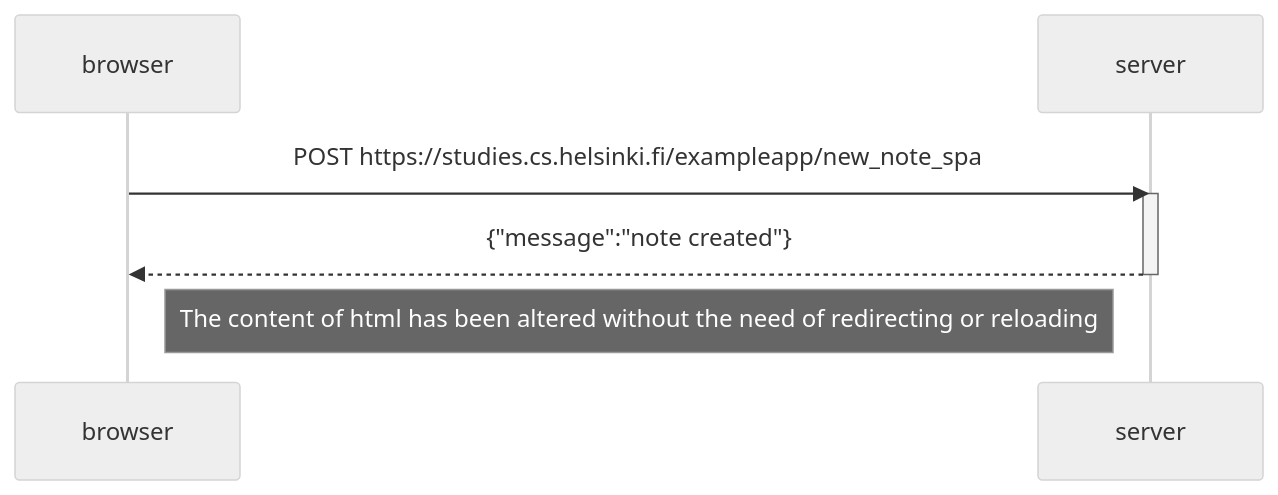
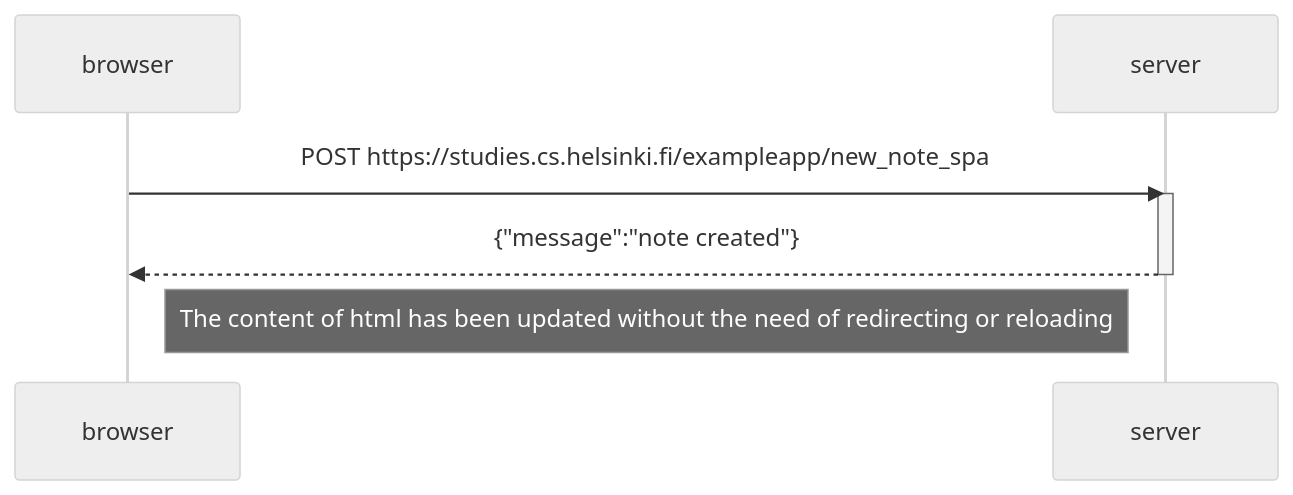
The diagram in part0/exercise_0.6.md (tyj916/fullstackopen), drawn with Mermaid (neutral theme) before and after one commit. The commit also changed 2 other files, not shown here.

Commit message:
Update comment

````diff
--- a/part0/exercise_0.6.md
+++ b/part0/exercise_0.6.md
@@ -3,12 +3,12 @@
 ```mermaid
 sequenceDiagram
   participant browser
   participant server
 
   browser->>server: POST https://studies.cs.helsinki.fi/exampleapp/new_note_spa
   activate server
   server-->>browser: {"message":"note created"}
   deactivate server
 
-  Note right of browser: The content of html has been altered without the need of redirecting or reloading
+  Note right of browser: The content of html has been updated without the need of redirecting or reloading
 ```
````
